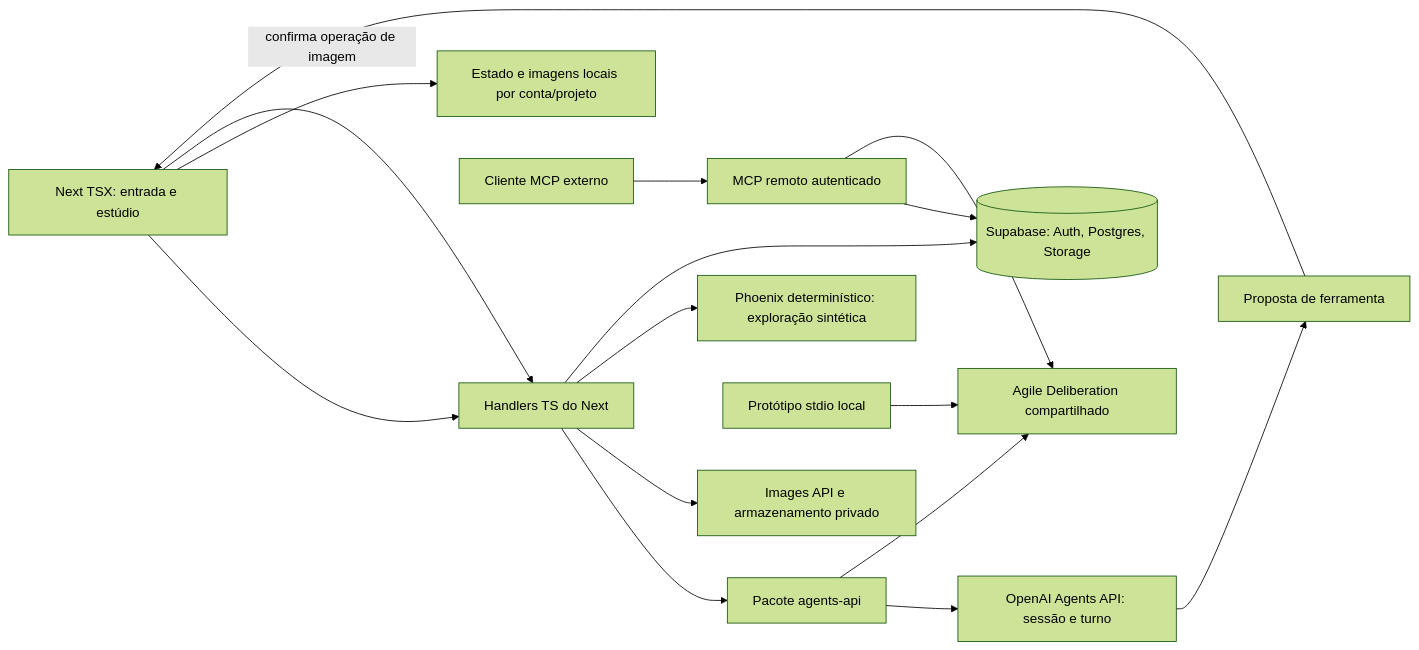
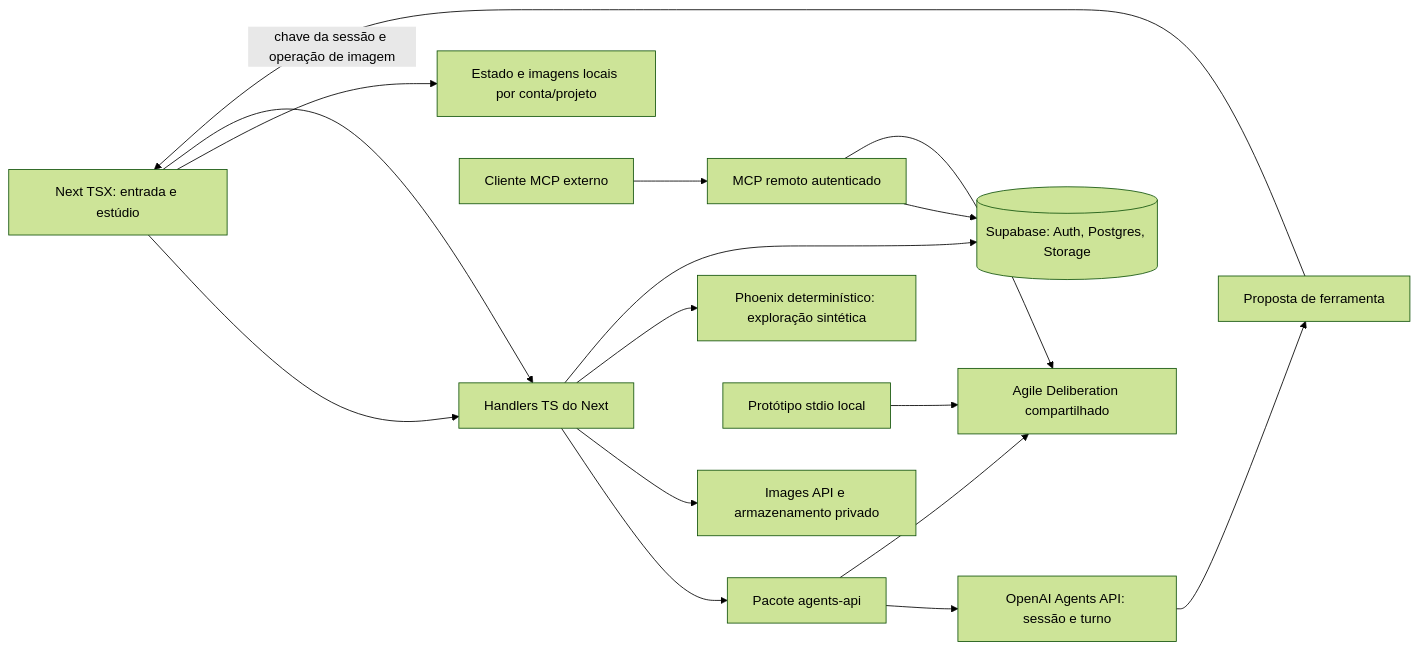
The diagram in docs/architecture.md (MathBorgess/compor), drawn with Mermaid (forest theme) before and after one commit. The commit also changed other lines of this file and 151 other files, not shown here.

````diff
--- a/docs/architecture.md
+++ b/docs/architecture.md
@@ -7,18 +7,18 @@
 ```mermaid
 flowchart LR
   UI[Next TSX: entrada e estúdio] --> HTTP[Handlers TS do Next]
   UI --> Local[Estado e imagens locais por conta/projeto]
   HTTP --> Agent[Pacote agents-api]
   Agent --> Managed[OpenAI Agents API: sessão e turno]
   Managed --> Function[Proposta de ferramenta]
   Function --> UI
-  UI -->|confirma operação de imagem| HTTP
+  UI -->|chave da sessão e operação de imagem| HTTP
   HTTP --> Images[Images API e armazenamento privado]
   HTTP --> Phoenix[Phoenix determinístico: exploração sintética]
   HTTP --> DB[(Supabase: Auth, Postgres, Storage)]
   Client[Cliente MCP externo] --> Remote[MCP remoto autenticado]
   Remote --> DB
   Remote --> Method[Agile Deliberation compartilhado]
   Stdio[Protótipo stdio local] --> Method
   Agent --> Method
 ```
````
